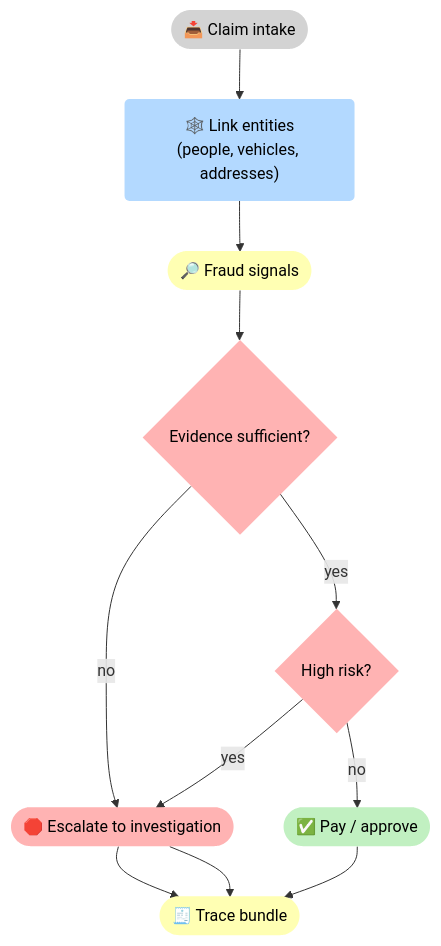
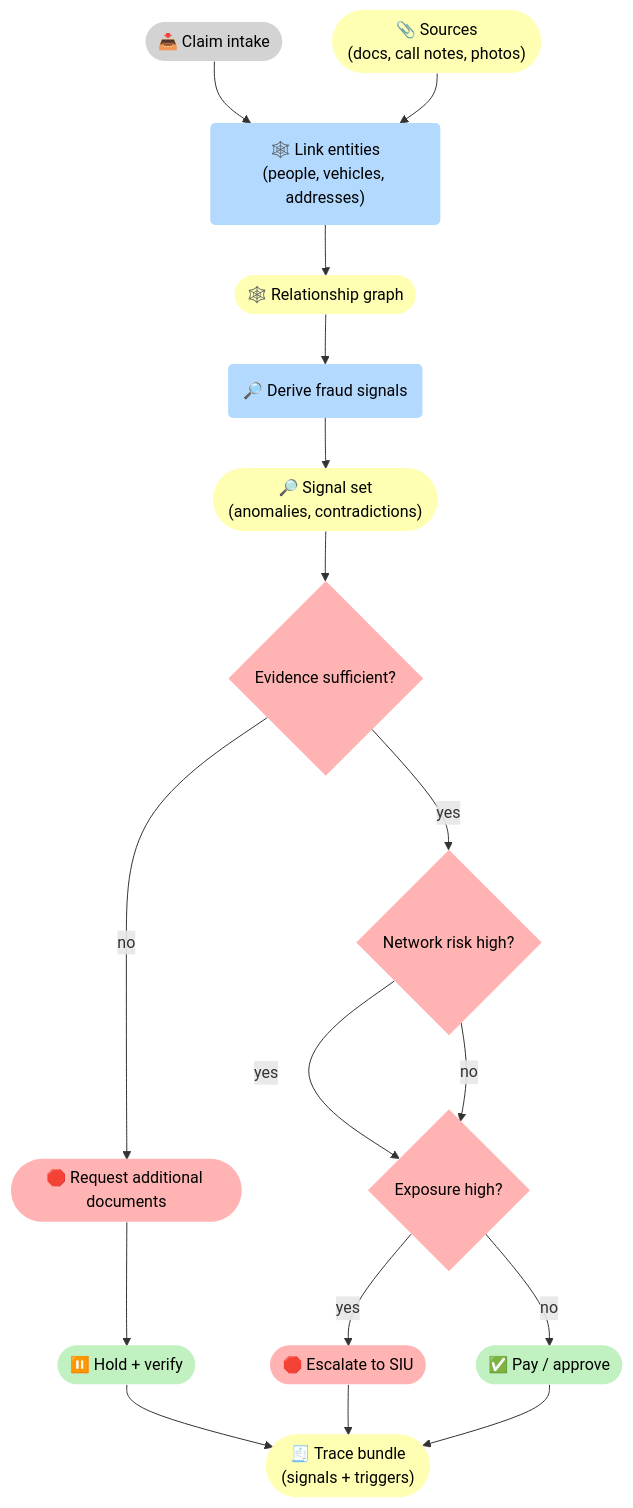
The third of 3 diagrams in docs/case-studies/insurance.md (5Reasons/5reasons.github.io), drawn with Mermaid before and after one commit. The commit also changed other lines of this file and 8 other files, not shown here.

First line of the commit message:
Enhance case studies with detailed flowcharts and explicit gates

````diff
--- a/docs/case-studies/insurance.md
+++ b/docs/case-studies/insurance.md
@@ -122,25 +192,41 @@
 ```mermaid
 flowchart TB
 %% Styles (brModel Standard)
 classDef i fill:#D3D3D3,stroke-width:0px,color:#000;
 classDef p fill:#B3D9FF,stroke-width:0px,color:#000;
 classDef r fill:#FFFFB3,stroke-width:0px,color:#000;
 classDef o fill:#C1F0C1,stroke-width:0px,color:#000;
 classDef s fill:#FFB3B3,stroke-width:0px,color:#000;
 
 I_Cl(["📥 Claim intake"]):::i
+R_Src(["📎 Sources<br>(docs, call notes, photos)"]):::r
 P_Link("🕸️ Link entities<br>(people, vehicles, addresses)"):::p
-R_Sig(["🔎 Fraud signals"]):::r
+R_G(["🕸️ Relationship graph"]):::r
+
+P_Sig("🔎 Derive fraud signals"):::p
+R_Sig(["🔎 Signal set<br>(anomalies, contradictions)"]):::r
+
 G_Ev{"Evidence sufficient?"}:::s
-G_Risk{"High risk?"}:::s
+S_Req(["🛑 Request additional documents"]):::s
+
+G_Net{"Network risk high?"}:::s
+G_Exp{"Exposure high?"}:::s
+
 O_Pay(["✅ Pay / approve"]):::o
-S_Esc(["🛑 Escalate to investigation"]):::s
-R_Tr(["🧾 Trace bundle"]):::r
+O_Hold(["⏸️ Hold + verify"]):::o
+S_Esc(["🛑 Escalate to SIU"]):::s
+R_Tr(["🧾 Trace bundle<br>(signals + triggers)"]):::r
 
-I_Cl --> P_Link --> R_Sig --> G_Ev
-G_Ev -->|"no"| S_Esc --> R_Tr
-G_Ev -->|"yes"| G_Risk
+I_Cl --> P_Link
+R_Src --> P_Link
+P_Link --> R_G --> P_Sig --> R_Sig --> G_Ev
 
-G_Risk -->|"yes"| S_Esc --> R_Tr
-G_Risk -->|"no"| O_Pay --> R_Tr
+G_Ev -->|"no"| S_Req --> O_Hold --> R_Tr
+G_Ev -->|"yes"| G_Net
+
+G_Net -->|"yes"| G_Exp
+G_Net -->|"no"| G_Exp
+
+G_Exp -->|"yes"| S_Esc --> R_Tr
+G_Exp -->|"no"| O_Pay --> R_Tr
 ```
````
